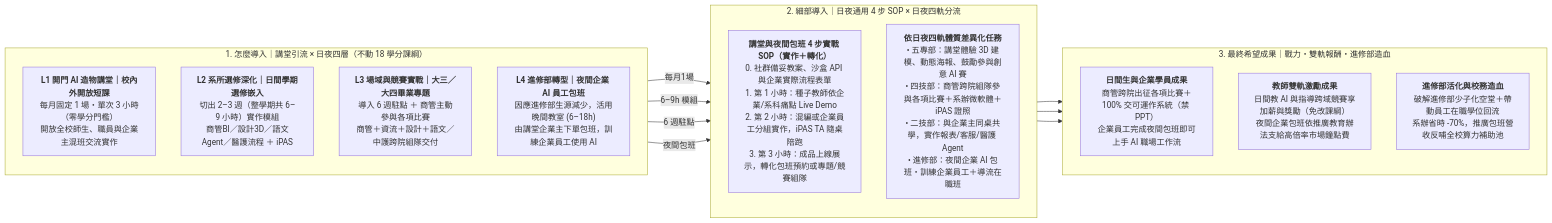
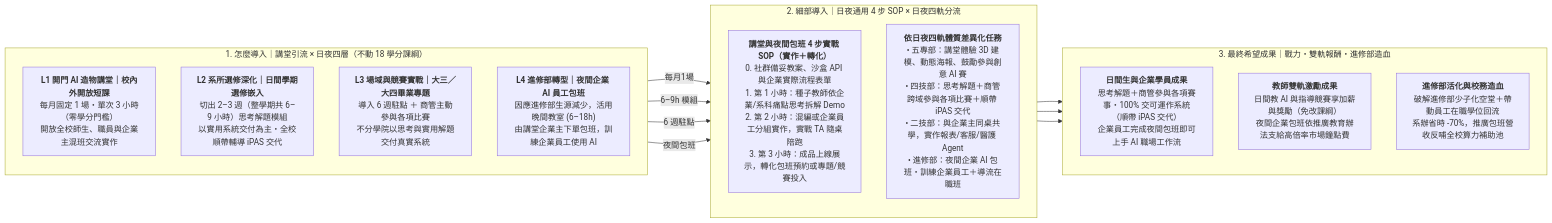
One commit to nutcelvischen-jpg/nutc-ai-open-door changed the second of 4 diagrams in README.md. Above: the diagram before and after it, drawn with Mermaid. The commit also changed other lines of this file and 2 other files, not shown here.

````diff
--- a/README.md
+++ b/README.md
@@ -58,31 +58,31 @@
 ```mermaid
 flowchart LR
     subgraph ENTRY["1. 怎麼導入｜講堂引流 × 日夜四層（不動 18 學分課綱）"]
         direction TB
         E_L1["<b>L1 開門 AI 造物講堂｜校內外開放短課</b><br/>每月固定 1 場・單次 3 小時（零學分門檻）<br/>開放全校師生、職員與企業主混班交流實作"]
-        E_L2["<b>L2 系所選修深化｜日間學期選修嵌入</b><br/>切出 2–3 週（整學期共 6–9 小時）實作模組<br/>商管BI／設計3D／語文Agent／醫護流程 ＋ iPAS"]
-        E_L3["<b>L3 場域與競賽實戰｜大三／大四畢業專題</b><br/>導入 6 週駐點 ＋ 商管主動參與各項比賽<br/>商管＋資流＋設計＋語文／中護跨院組隊交付"]
+        E_L2["<b>L2 系所選修深化｜日間學期選修嵌入</b><br/>切出 2–3 週（整學期共 6–9 小時）思考解題模組<br/>以實用系統交付為主・全校順帶輔導 iPAS 交代"]
+        E_L3["<b>L3 場域與競賽實戰｜大三／大四畢業專題</b><br/>導入 6 週駐點 ＋ 商管主動參與各項比賽<br/>不分學院以思考與實用解題交付真實系統"]
         E_L4["<b>L4 進修部轉型｜夜間企業 AI 員工包班</b><br/>因應進修部生源減少，活用晚間教室 (6–18h)<br/>由講堂企業主下單包班，訓練企業員工使用 AI"]
     end
 
     subgraph DETAIL["2. 細部導入｜日夜通用 4 步 SOP × 日夜四軌分流"]
         direction TB
-        SOP["<b>講堂與夜間包班 4 步實戰 SOP（實作＋轉化）</b><br/>0. 社群備妥教案、沙盒 API 與企業實際流程表單<br/>1. 第 1 小時：種子教師依企業/系科痛點 Live Demo<br/>2. 第 2 小時：混編或企業員工分組實作，iPAS TA 隨桌陪跑<br/>3. 第 3 小時：成品上線展示，轉化包班預約或專題/競賽組隊"]
-        TRK["<b>依日夜四軌體質差異化任務</b><br/>• 五專部：講堂體驗 3D 建模、動態海報、鼓勵參與創意 AI 賽<br/>• 四技部：商管跨院組隊參與各項比賽＋系辦微軟體＋iPAS 證照<br/>• 二技部：與企業主同桌共學，實作報表/客服/醫護 Agent<br/>• 進修部：夜間企業 AI 包班・訓練企業員工＋導流在職班"]
+        SOP["<b>講堂與夜間包班 4 步實戰 SOP（實作＋轉化）</b><br/>0. 社群備妥教案、沙盒 API 與企業實際流程表單<br/>1. 第 1 小時：種子教師依企業/系科痛點思考拆解 Demo<br/>2. 第 2 小時：混編或企業員工分組實作，實戰 TA 隨桌陪跑<br/>3. 第 3 小時：成品上線展示，轉化包班預約或專題/競賽投入"]
+        TRK["<b>依日夜四軌體質差異化任務</b><br/>• 五專部：講堂體驗 3D 建模、動態海報、鼓勵參與創意 AI 賽<br/>• 四技部：思考解題＋商管跨域參與各項比賽＋順帶 iPAS 交代<br/>• 二技部：與企業主同桌共學，實作報表/客服/醫護 Agent<br/>• 進修部：夜間企業 AI 包班・訓練企業員工＋導流在職班"]
     end
 
     subgraph OUT["3. 最終希望成果｜戰力・雙軌報酬・進修部造血"]
         direction TB
-        O_STU["<b>日間生與企業學員成果</b><br/>商管跨院出征各項比賽＋100% 交可運作系統（禁 PPT）<br/>企業員工完成夜間包班即可上手 AI 職場工作流"]
-        O_TEA["<b>教師雙軌激勵成果</b><br/>日間教 AI 與指導跨域競賽享加薪與獎勵（免改課綱）<br/>夜間企業包班依推廣教育辦法支給高倍率市場鐘點費"]
+        O_STU["<b>日間生與企業學員成果</b><br/>思考解題＋商管參與各項賽事・100% 交可運作系統（順帶 iPAS 交代）<br/>企業員工完成夜間包班即可上手 AI 職場工作流"]
+        O_TEA["<b>教師雙軌激勵成果</b><br/>日間教 AI 與指導競賽享加薪與獎勵（免改課綱）<br/>夜間企業包班依推廣教育辦法支給高倍率市場鐘點費"]
         O_SCH["<b>進修部活化與校務造血</b><br/>破解進修部少子化空堂＋帶動員工在職學位回流<br/>系辦省時 -70%，推廣包班營收反哺全校算力補助池"]
     end
 
     E_L1 -->|"每月1場"| SOP
     E_L2 -->|"6–9h 模組"| SOP
     E_L3 -->|"6 週駐點"| TRK
     E_L4 -->|"夜間包班"| TRK
     SOP --> O_STU
     SOP --> O_TEA
     TRK --> O_SCH
 ```
````
